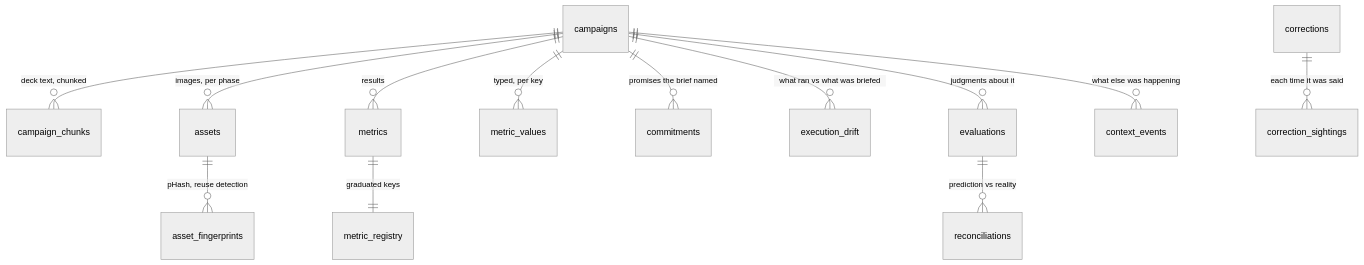
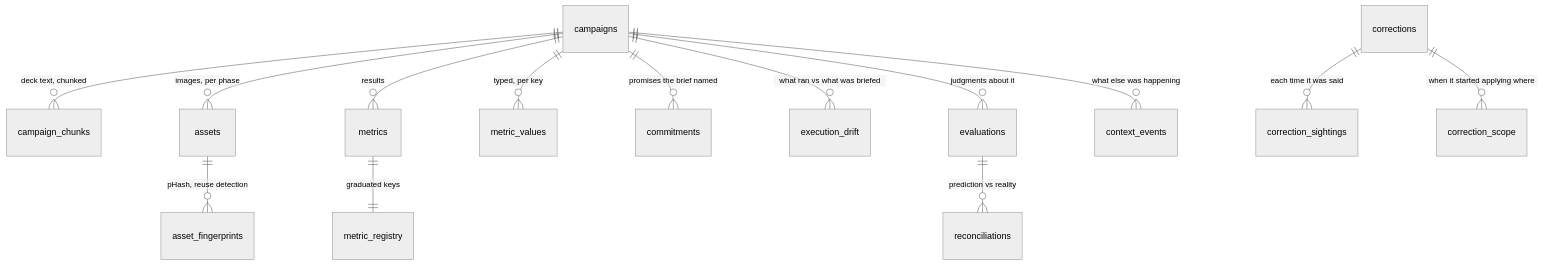
One commit to nilubhatt/campaign-poc changed the third of 10 diagrams in design.md. Above: the diagram before and after it, drawn with Mermaid (neutral theme). The commit also changed other lines of this file and 11 other files, not shown here.

First line of the commit message:
review: when a rule started applying is not when somebody confirmed it

````diff
--- a/design.md
+++ b/design.md
@@ -147,15 +147,16 @@
 ```mermaid
 erDiagram
     campaigns ||--o{ campaign_chunks : "deck text, chunked"
     campaigns ||--o{ assets : "images, per phase"
     campaigns ||--o{ metrics : "results"
     campaigns ||--o{ metric_values : "typed, per key"
     campaigns ||--o{ commitments : "promises the brief named"
     campaigns ||--o{ execution_drift : "what ran vs what was briefed"
     campaigns ||--o{ evaluations : "judgments about it"
     campaigns ||--o{ context_events : "what else was happening"
     assets ||--o{ asset_fingerprints : "pHash, reuse detection"
     evaluations ||--o{ reconciliations : "prediction vs reality"
     metrics ||--|| metric_registry : "graduated keys"
     corrections ||--o{ correction_sightings : "each time it was said"
+    corrections ||--o{ correction_scope : "when it started applying where"
 ```
````
